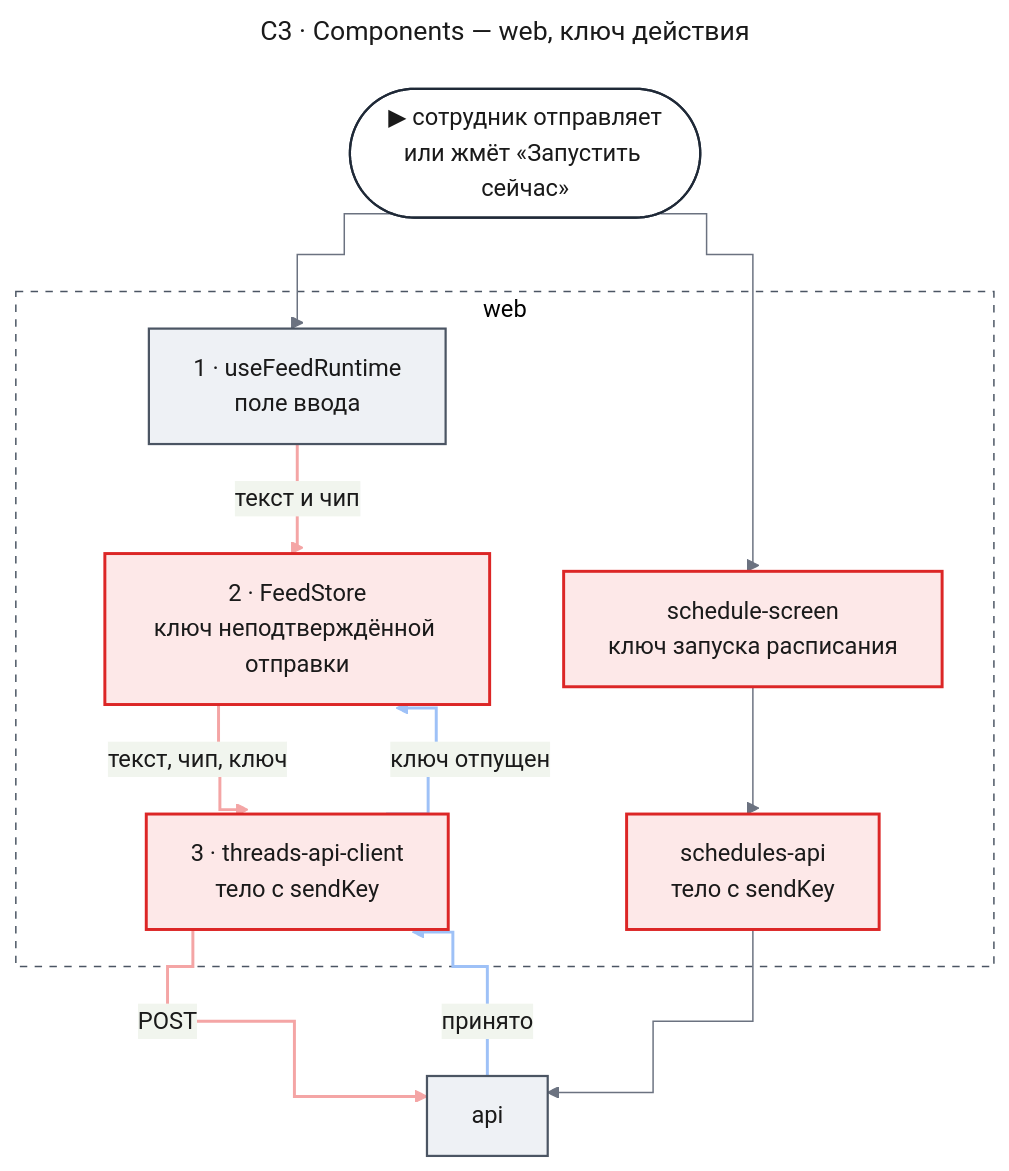
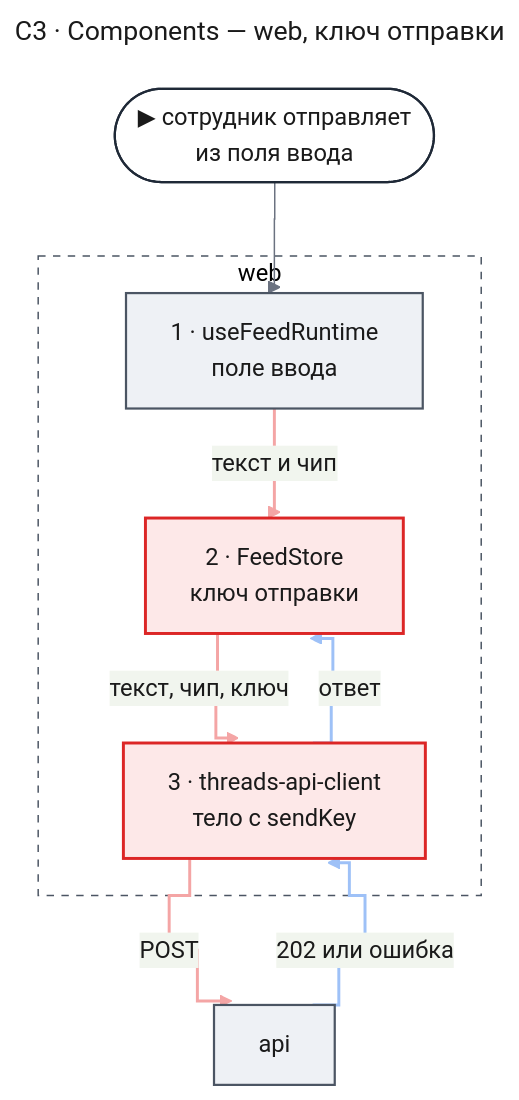
One commit to tundraray/agent-os changed the third of 5 diagrams in docs/features/runtime-fixes/design-send.md. Above: the diagram before and after it, drawn with Mermaid. The commit also changed other lines of this file and 3 other files, not shown here.

````diff
--- a/docs/features/runtime-fixes/design-send.md
+++ b/docs/features/runtime-fixes/design-send.md
@@ -217,55 +206,50 @@
 ```mermaid
 ---
-title: "C3 · Components — web, ключ действия"
+title: "C3 · Components — web, ключ отправки"
 config:
   theme: base
   look: classic
   themeVariables:
     primaryColor: "#eef1f5"
     primaryBorderColor: "#4b5563"
     primaryTextColor: "#1a1a1a"
     lineColor: "#6b7280"
   flowchart:
     curve: step
   themeCSS: |
     @keyframes lit_c3web{0%,18%{stroke:#991b1b;stroke-width:6px}20%,100%{stroke:#f4a5a5;stroke-width:2px}}
     @keyframes litr_c3web{0%,18%{stroke:#1d4ed8;stroke-width:6px}20%,100%{stroke:#9ec1f7;stroke-width:2px}}
 ---
 flowchart TB
-    entry(["▶ сотрудник отправляет<br/>или жмёт «Запустить сейчас»"])
+    entry(["▶ сотрудник отправляет<br/>из поля ввода"])
     subgraph webbox["web"]
         composer["1 · useFeedRuntime<br/>поле ввода"]
-        store["2 · FeedStore<br/>ключ неподтверждённой отправки"]
+        store["2 · FeedStore<br/>ключ отправки"]
         client["3 · threads-api-client<br/>тело с sendKey"]
-        screen["schedule-screen<br/>ключ запуска расписания"]
-        sapi["schedules-api<br/>тело с sendKey"]
     end
     api["api"]
     entry --> composer
-    entry --> screen
     composer e1@-->|"текст и чип"| store
     store e2@-->|"текст, чип, ключ"| client
     client e3@-->|"POST"| api
-    api e4@-->|"принято"| client
-    client e5@-->|"ключ отпущен"| store
-    screen --> sapi
-    sapi --> api
+    api e4@-->|"202 или ошибка"| client
+    client e5@-->|"ответ"| store
     classDef entry fill:#ffffff,stroke:#1f2937,stroke-width:1.5px,color:#1a1a1a
     classDef changed fill:#fde8e8,stroke:#dc2626,stroke-width:2px,color:#1a1a1a
     classDef new fill:#e6f4ea,stroke:#16a34a,stroke-width:2px,color:#1a1a1a
     classDef unchanged fill:#eef1f5,stroke:#4b5563,stroke-width:1.5px,color:#1a1a1a
     classDef w1 stroke:#f4a5a5,stroke-width:2px,animation:lit_c3web 6s linear 0s infinite
     classDef w2 stroke:#f4a5a5,stroke-width:2px,animation:lit_c3web 6s linear 1.2s infinite
     classDef w3 stroke:#f4a5a5,stroke-width:2px,animation:lit_c3web 6s linear 2.4s infinite
     classDef r1 stroke:#9ec1f7,stroke-width:2px,animation:litr_c3web 6s linear 3.6s infinite
     classDef r2 stroke:#9ec1f7,stroke-width:2px,animation:litr_c3web 6s linear 4.8s infinite
     class entry entry
-    class store,client,screen,sapi changed
+    class store,client changed
     class composer,api unchanged
     class e1 w1
     class e2 w2
     class e3 w3
     class e4 r1
     class e5 r2
     style webbox fill:none,stroke:#4b5563,stroke-dasharray:5 5
 ```
````
